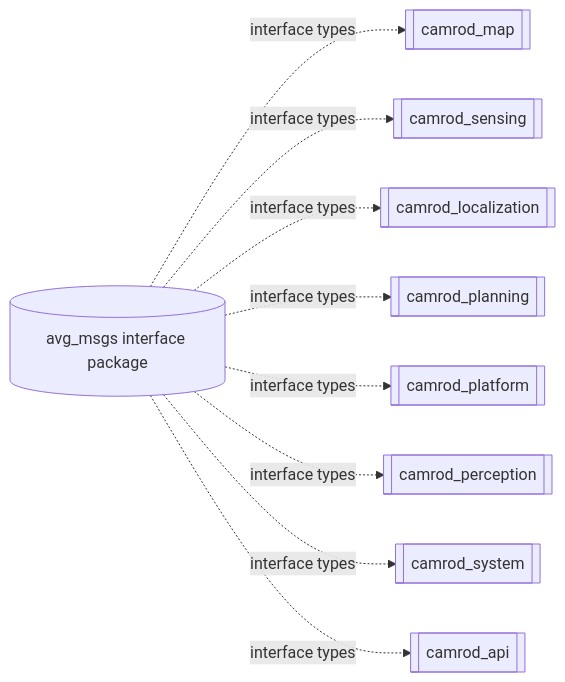
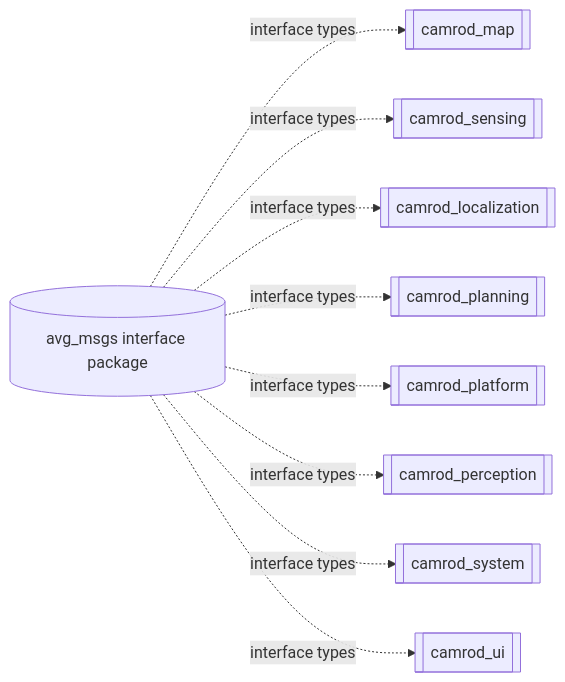
The second of 2 diagrams in camrod_common/avg_msgs/README.md (hwanhonglee/CAMROD), drawn with Mermaid before and after one commit. The commit also changed 367 other files, not shown here.

First line of the commit message:
Release v1.7: cost grid architecture, namespace camrod, param _s normalization

````diff
--- a/camrod_common/avg_msgs/README.md
+++ b/camrod_common/avg_msgs/README.md
@@ -27,11 +27,11 @@
 ```mermaid
 graph LR
   AVG[(avg_msgs interface package)] -. interface types .-> MAP[[camrod_map]]
   AVG -. interface types .-> SENSING[[camrod_sensing]]
   AVG -. interface types .-> LOCALIZATION[[camrod_localization]]
   AVG -. interface types .-> PLANNING[[camrod_planning]]
   AVG -. interface types .-> PLATFORM[[camrod_platform]]
   AVG -. interface types .-> PERCEPTION[[camrod_perception]]
   AVG -. interface types .-> SYSTEM[[camrod_system]]
-  AVG -. interface types .-> API[[camrod_api]]
+  AVG -. interface types .-> API[[camrod_ui]]
 ```
````
